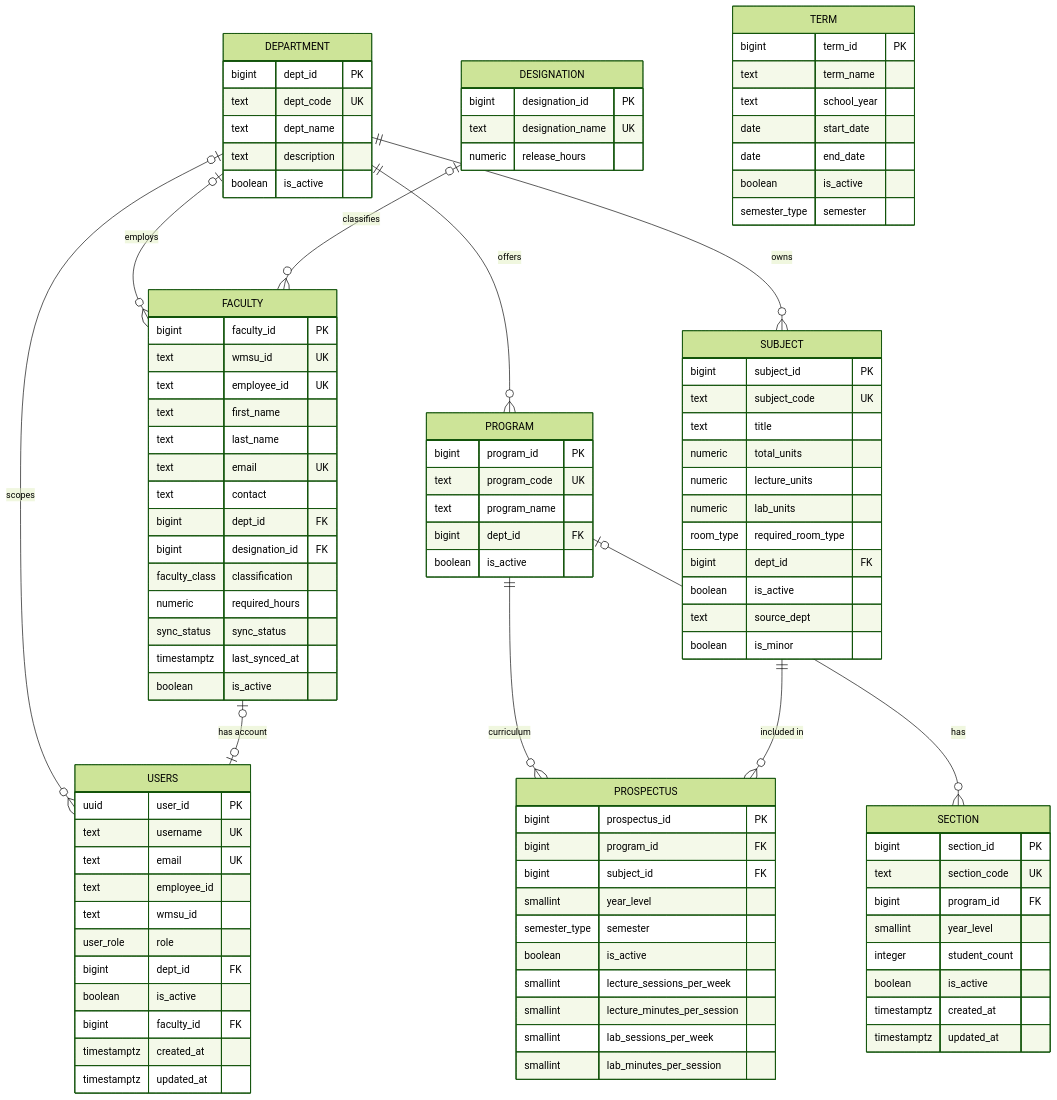
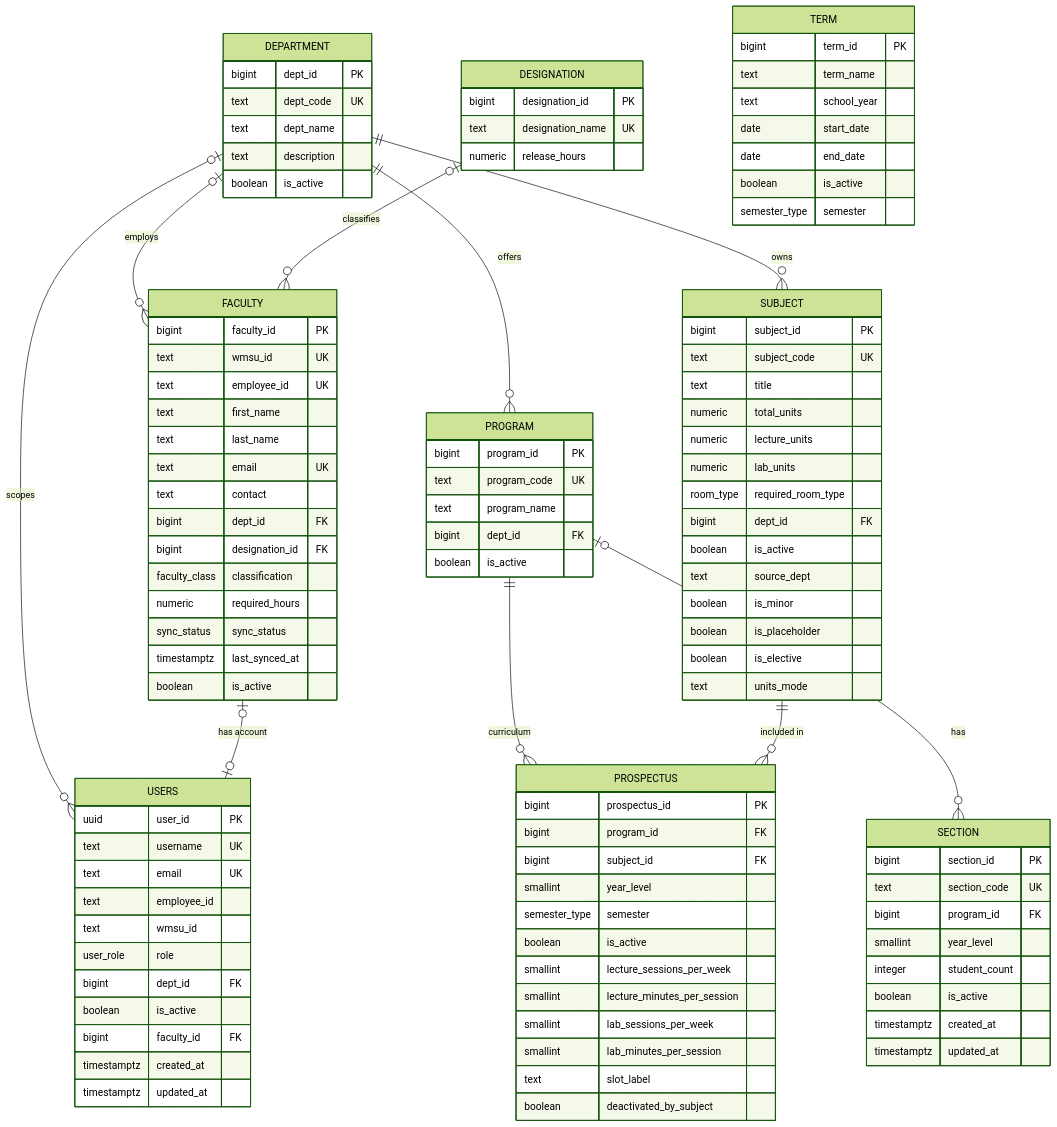
The second of 10 diagrams in docs/DATABASE STRUCTURE/README.md (RADENzzz/coe-nnect), drawn with Mermaid (forest theme) before and after one commit. The commit also changed other lines of this file and 26 other files, not shown here.

```diff
--- a/docs/DATABASE STRUCTURE/README.md
+++ b/docs/DATABASE STRUCTURE/README.md
@@ -156,6 +161,9 @@
         boolean is_active
         text source_dept
         boolean is_minor
+        boolean is_placeholder
+        boolean is_elective
+        text units_mode
     }
     PROSPECTUS {
         bigint prospectus_id PK
@@ -168,6 +176,8 @@
         smallint lecture_minutes_per_session
         smallint lab_sessions_per_week
         smallint lab_minutes_per_session
+        text slot_label
+        boolean deactivated_by_subject
     }
     SECTION {
         bigint section_id PK
```
